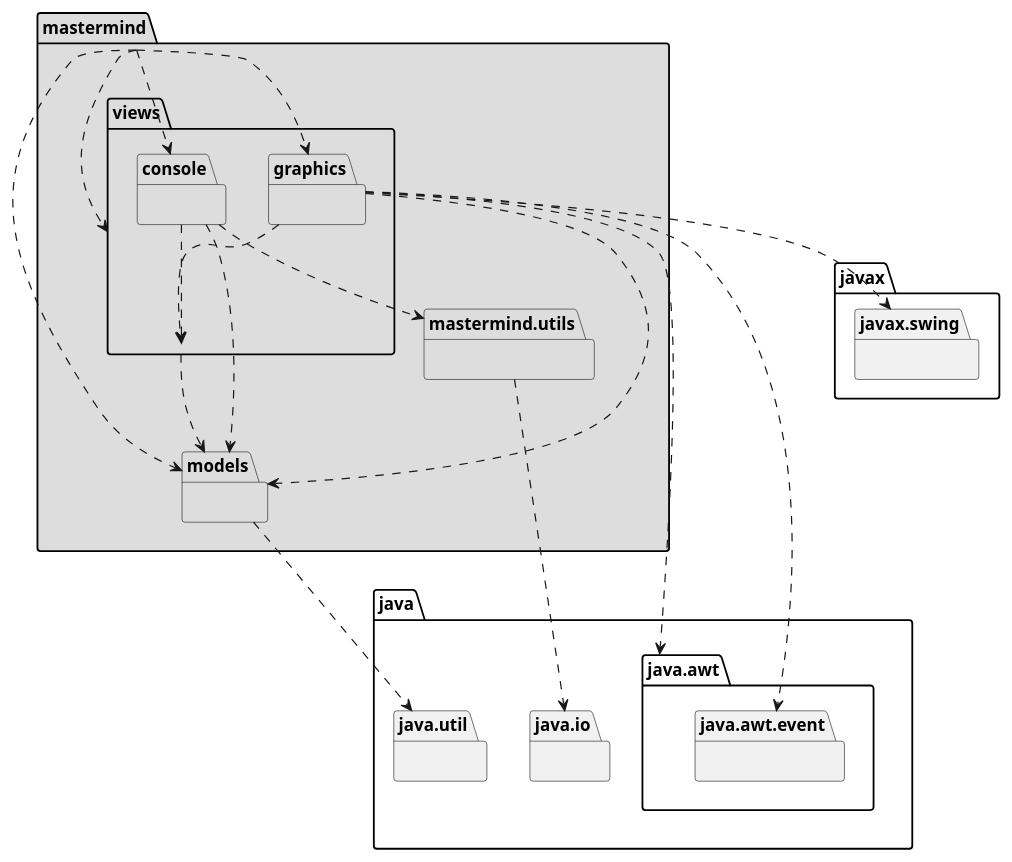
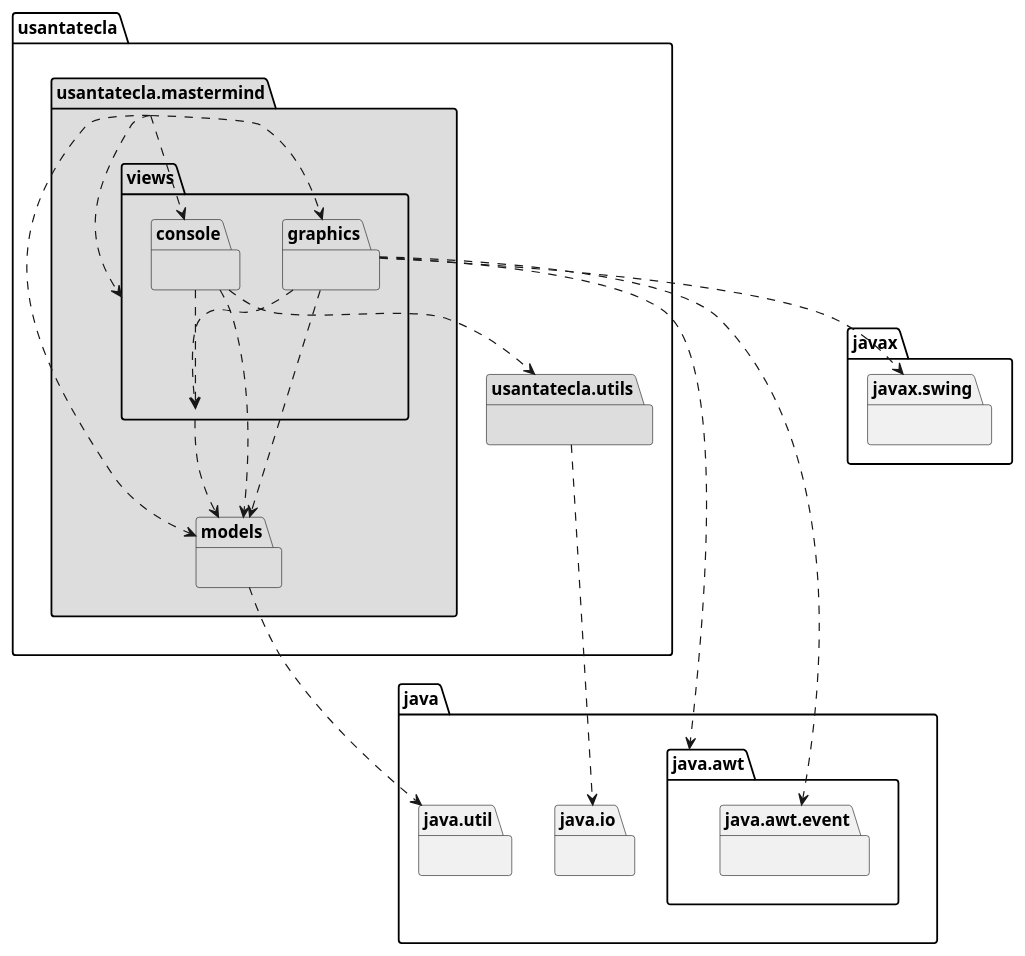
The diagram in documentView/withFactoryMethod/docs/diagrams/src/arquitectura.plantuml (SantaTecla-mastermind/solution.java.swing.socket.sql), drawn with PlantUML before and after one commit. The commit also changed 3 other files, not shown here.

Commit message:
Fix diagrams arquitecture package

```diff
--- a/documentView/withFactoryMethod/docs/diagrams/src/arquitectura.plantuml
+++ b/documentView/withFactoryMethod/docs/diagrams/src/arquitectura.plantuml
@@ -1,34 +1,34 @@
 @startuml arquitectura
-package mastermind #DDDDDD { }
-mastermind ..> mastermind.views
-mastermind ..> mastermind.models
-mastermind ..> mastermind.views.console
-mastermind ..> mastermind.views.graphics
+package usantatecla.mastermind #DDDDDD { }
+usantatecla.mastermind ..> usantatecla.mastermind.views
+usantatecla.mastermind ..> usantatecla.mastermind.models
+usantatecla.mastermind ..> usantatecla.mastermind.views.console
+usantatecla.mastermind ..> usantatecla.mastermind.views.graphics
 
-package mastermind.models #DDDDDD { }
+package usantatecla.mastermind.models #DDDDDD { }
 package java.util{ }
-mastermind.models .down.> java.util
+usantatecla.mastermind.models .down.> java.util
 
-package mastermind.utils #DDDDDD { }
+package usantatecla.utils #DDDDDD { }
 package java.io{ }
-mastermind.utils .down.> java.io
+usantatecla.utils .down.> java.io
 
-package mastermind.views #DDDDDD { }
-mastermind.views .down.> mastermind.models
+package usantatecla.mastermind.views #DDDDDD { }
+usantatecla.mastermind.views .down.> usantatecla.mastermind.models
 
-package mastermind.views.console #DDDDDD { }
-mastermind.views.console .down.> mastermind.views
-mastermind.views.console .down.> mastermind.models
-mastermind.views.console .down.> mastermind.utils
+package usantatecla.mastermind.views.console #DDDDDD { }
+usantatecla.mastermind.views.console .down.> usantatecla.mastermind.views
+usantatecla.mastermind.views.console .down.> usantatecla.mastermind.models
+usantatecla.mastermind.views.console .down.> usantatecla.utils
 
-package mastermind.views.graphics #DDDDDD { }
+package usantatecla.mastermind.views.graphics #DDDDDD { }
 package java.awt{ }
-mastermind.views.graphics .down.> java.awt
+usantatecla.mastermind.views.graphics .down.> java.awt
 package java.awt.event{ }
-mastermind.views.graphics .down.> java.awt.event
-mastermind.views.graphics .down.> mastermind.views
-mastermind.views.graphics .down.> mastermind.models
+usantatecla.mastermind.views.graphics .down.> java.awt.event
+usantatecla.mastermind.views.graphics .down.> usantatecla.mastermind.views
+usantatecla.mastermind.views.graphics .down.> usantatecla.mastermind.models
 package javax.swing{ }
-mastermind.views.graphics .down.> javax.swing
+usantatecla.mastermind.views.graphics .down.> javax.swing
 
 @enduml
```
